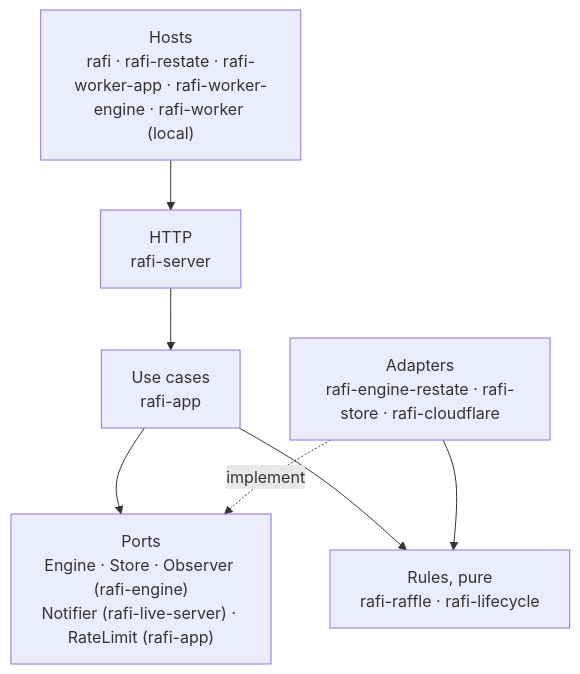
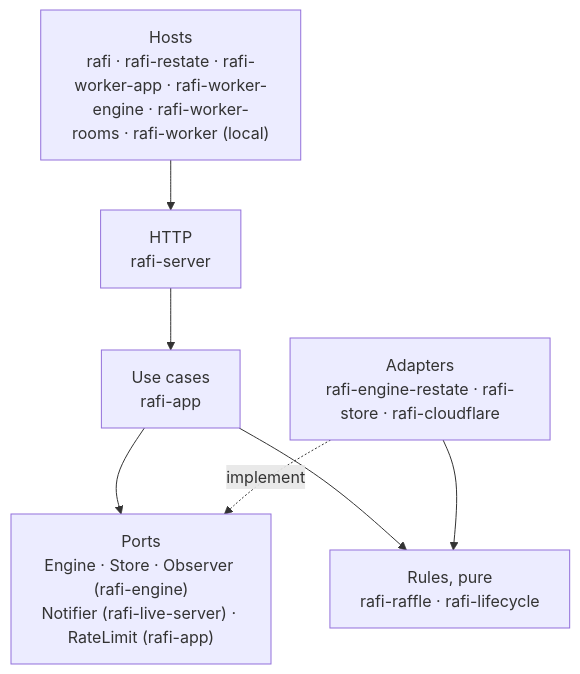
Before and after one commit to sagikazarmark/rafi.orig: the second of 4 diagrams in docs/explanation/architecture.md, drawn with Mermaid. The commit also changed other lines of this file and 15 other files, not shown here.

````diff
--- a/docs/explanation/architecture.md
+++ b/docs/explanation/architecture.md
@@ -55,14 +55,14 @@
 ```mermaid
 flowchart TD
-    hosts["Hosts<br/>rafi · rafi-restate · rafi-worker-app · rafi-worker-engine · rafi-worker (local)"]
+    hosts["Hosts<br/>rafi · rafi-restate · rafi-worker-app · rafi-worker-engine · rafi-worker-rooms · rafi-worker (local)"]
     http["HTTP<br/>rafi-server"]
     uc["Use cases<br/>rafi-app"]
     ports["Ports<br/>Engine · Store · Observer (rafi-engine)<br/>Notifier (rafi-live-server) · RateLimit (rafi-app)"]
     adapters["Adapters<br/>rafi-engine-restate · rafi-store · rafi-cloudflare"]
     rules["Rules, pure<br/>rafi-raffle · rafi-lifecycle"]
 
     hosts --> http --> uc --> ports
     adapters -. implement .-> ports
     uc --> rules
     adapters --> rules
 ```
````
